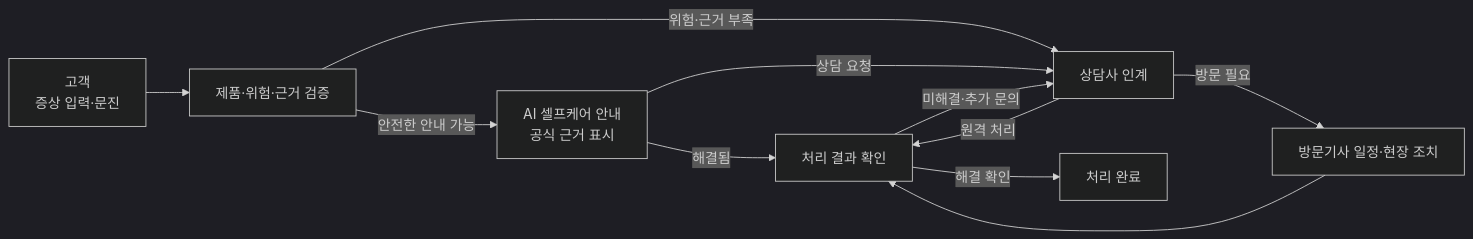
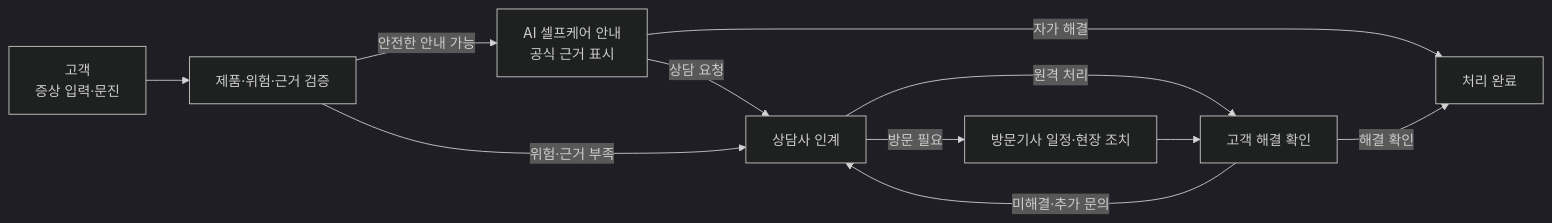
One commit to SKNETWORKS-FAMILY-AICAMP/SKN29-FINAL-4TEAM changed the first of 2 diagrams in README.md. Above: the diagram before and after it, drawn with Mermaid (dark theme). The commit also changed other lines of this file, not shown here.

````diff
--- a/README.md
+++ b/README.md
@@ -83,13 +71,13 @@
 ```mermaid
 flowchart LR
     CUSTOMER["고객<br/>증상 입력·문진"] --> SAFETY["제품·위험·근거 검증"]
     SAFETY -->|안전한 안내 가능| AI_GUIDE["AI 셀프케어 안내<br/>공식 근거 표시"]
     SAFETY -->|위험·근거 부족| CONSULT["상담사 인계"]
-    AI_GUIDE -->|해결됨| FEEDBACK["처리 결과 확인"]
+    AI_GUIDE -->|자가 해결| DONE["처리 완료"]
     AI_GUIDE -->|상담 요청| CONSULT
-    CONSULT -->|원격 처리| FEEDBACK
+    CONSULT -->|원격 처리| FEEDBACK["고객 해결 확인"]
     CONSULT -->|방문 필요| VISIT["방문기사 일정·현장 조치"]
     VISIT --> FEEDBACK
-    FEEDBACK -->|해결 확인| DONE["처리 완료"]
+    FEEDBACK -->|해결 확인| DONE
     FEEDBACK -->|미해결·추가 문의| CONSULT
 ```
````
